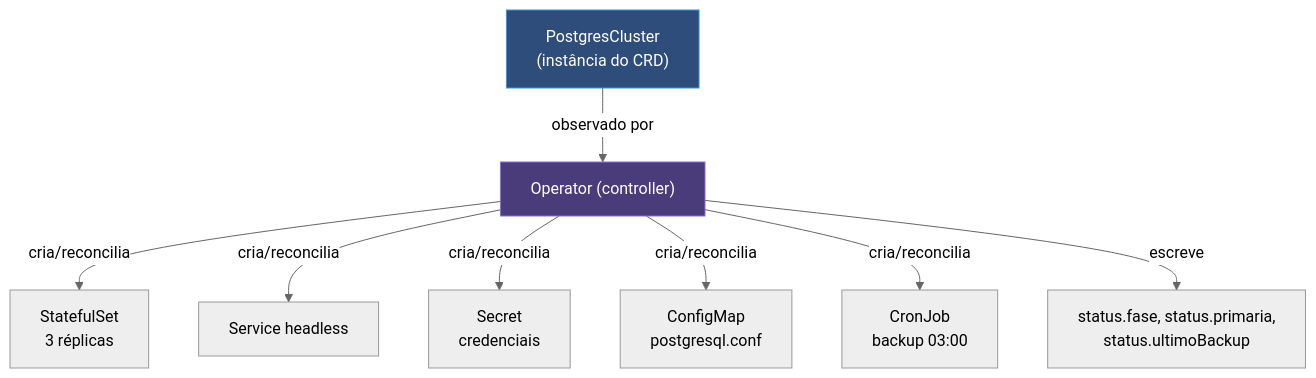
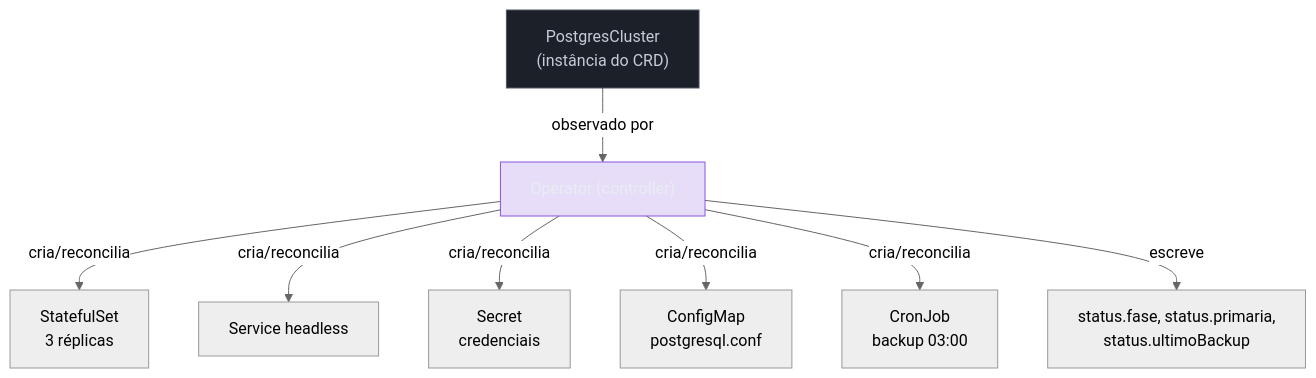
One commit to josenaldo/codex-technomanticus changed the second of 5 diagrams in 03-Dominios/Tecnologia/Infraestrutura/Kubernetes/19 - Operators.md. Above: the diagram before and after it, drawn with Mermaid (neutral theme). The commit also changed other lines of this file and 1181 other files, not shown here.

First line of the commit message:
fix(diagramas): paleta do sistema no lugar de cor cravada no markdown

````diff
--- a/03-Dominios/Tecnologia/Infraestrutura/Kubernetes/19 - Operators.md
+++ b/03-Dominios/Tecnologia/Infraestrutura/Kubernetes/19 - Operators.md
@@ -66,13 +69,15 @@
 ```mermaid
 graph TB
+    classDef marca fill:#8855DF33,stroke:#8855DF,color:#E9ECF2
+    classDef neutro fill:#1B2029,stroke:#4E5666,color:#C6CCD8
     PC["PostgresCluster<br/>(instância do CRD)"] -->|"observado por"| OP["Operator (controller)"]
     OP -->|"cria/reconcilia"| SS["StatefulSet<br/>3 réplicas"]
     OP -->|"cria/reconcilia"| SVC["Service headless"]
     OP -->|"cria/reconcilia"| SEC["Secret<br/>credenciais"]
     OP -->|"cria/reconcilia"| CM["ConfigMap<br/>postgresql.conf"]
     OP -->|"cria/reconcilia"| CJ["CronJob<br/>backup 03:00"]
     OP -->|"escreve"| ST["status.fase, status.primaria,<br/>status.ultimoBackup"]
 
-    style OP fill:#4a3b7a,stroke:#8e6fd6,color:#fff
-    style PC fill:#2e4d7a,stroke:#3498db,color:#fff
+    class OP marca
+    class PC neutro
 ```
````
